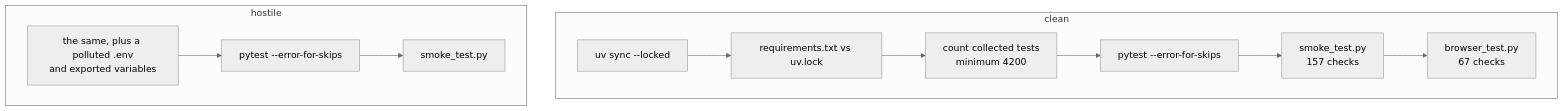
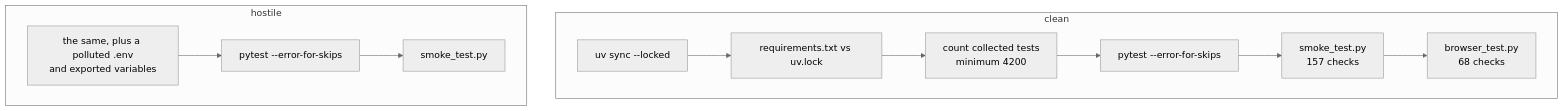
One commit to IAMN1/link-shortener changed the diagram in docs/testing.md. Above: the diagram before and after it, drawn with Mermaid (neutral theme). The commit also changed other lines of this file and 16 other files, not shown here.

````diff
--- a/docs/testing.md
+++ b/docs/testing.md
@@ -469,12 +469,12 @@
 ```mermaid
 flowchart TD
     subgraph clean["clean"]
         C1[uv sync --locked] --> C2[requirements.txt vs uv.lock]
         C2 --> C3[count collected tests<br/>minimum 4200] --> C4[pytest --error-for-skips]
-        C4 --> C5[smoke_test.py<br/>157 checks] --> C6[browser_test.py<br/>67 checks]
+        C4 --> C5[smoke_test.py<br/>157 checks] --> C6[browser_test.py<br/>68 checks]
     end
     subgraph hostile["hostile"]
         H1[the same, plus a polluted .env<br/>and exported variables] --> H2[pytest --error-for-skips]
         H2 --> H3[smoke_test.py]
     end
 ```
````
